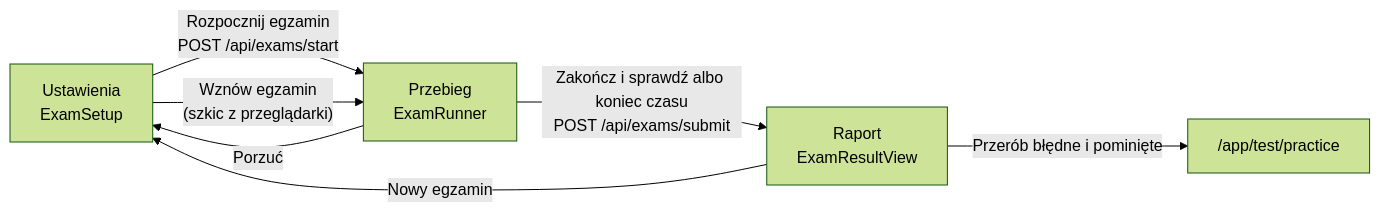
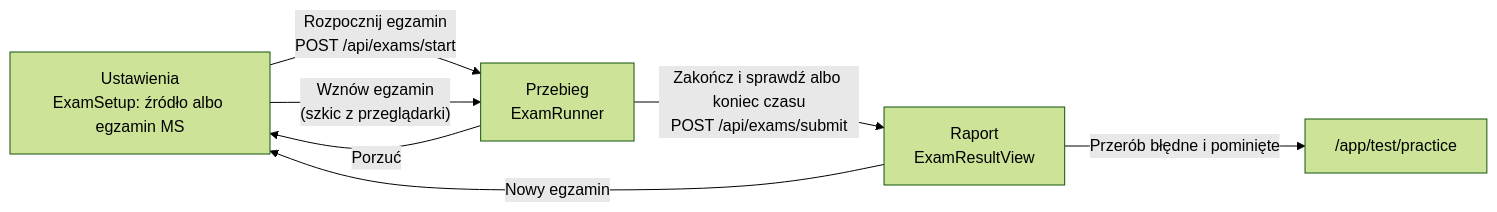
Before and after one commit to YellowHand/tutlaw-frontend: the third of 3 diagrams in docs/04-nauka-w-aplikacji.md, drawn with Mermaid (forest theme). The commit also changed other lines of this file and 31 other files, not shown here.

````diff
--- a/docs/04-nauka-w-aplikacji.md
+++ b/docs/04-nauka-w-aplikacji.md
@@ -575,9 +578,9 @@
 ```mermaid
 flowchart LR
-    S["Ustawienia<br/>ExamSetup"] -->|"Rozpocznij egzamin<br/>POST /api/exams/start"| R["Przebieg<br/>ExamRunner"]
+    S["Ustawienia<br/>ExamSetup: źródło albo egzamin MS"] -->|"Rozpocznij egzamin<br/>POST /api/exams/start"| R["Przebieg<br/>ExamRunner"]
     R -->|"Zakończ i sprawdź albo koniec czasu<br/>POST /api/exams/submit"| W["Raport<br/>ExamResultView"]
     R -->|Porzuć| S
     W -->|"Nowy egzamin"| S
     W -->|"Przerób błędne i pominięte"| P["/app/test/practice"]
     S -->|"Wznów egzamin<br/>(szkic z przeglądarki)"| R
 ```
````
